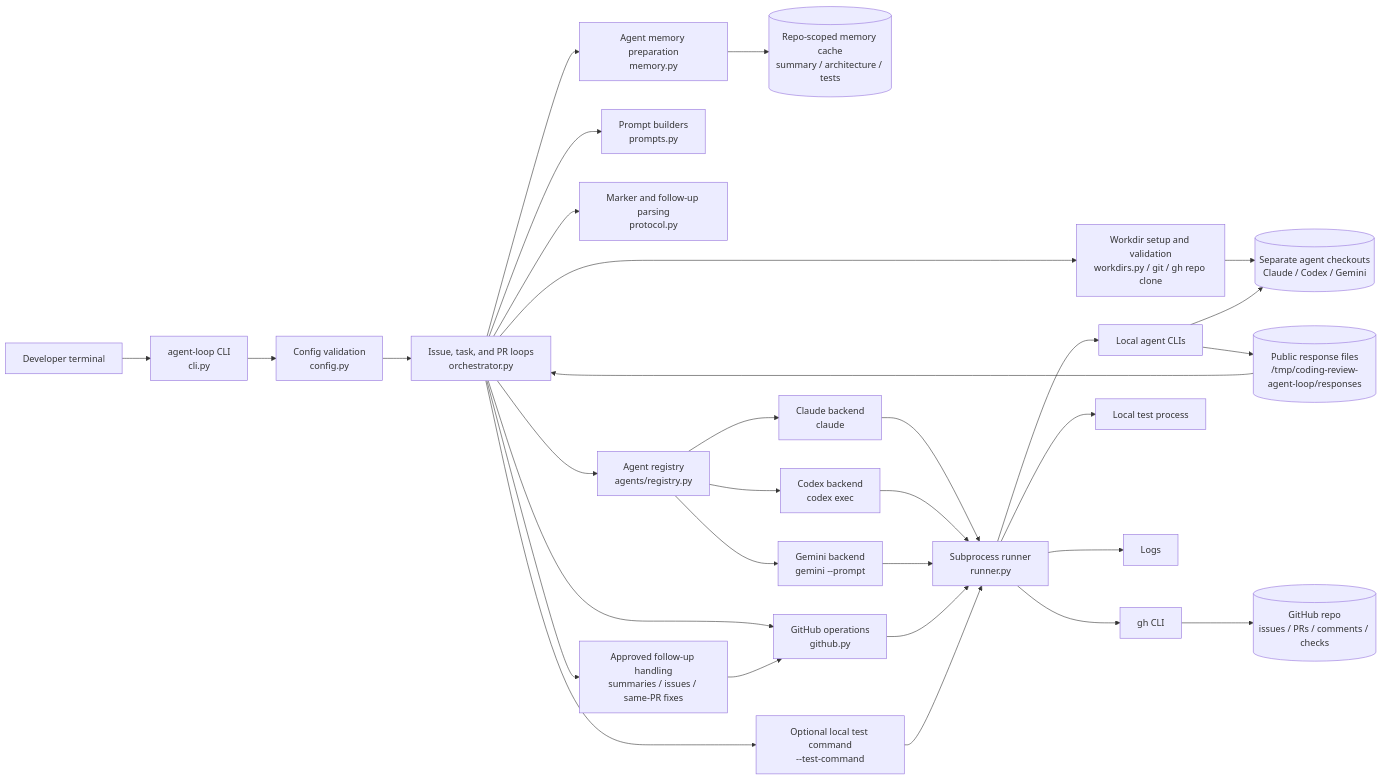
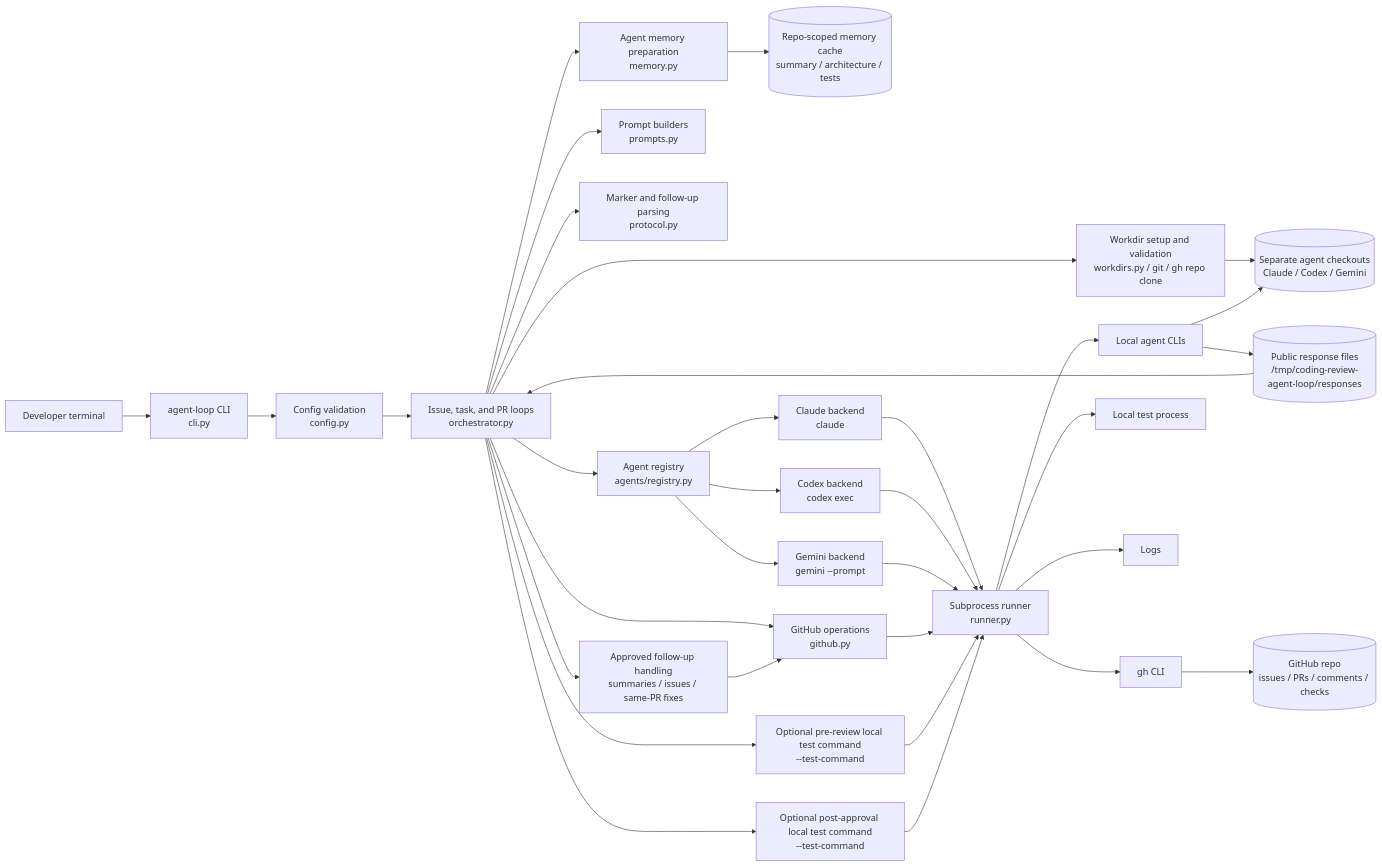
The first of 2 diagrams in docs/local_agent_loop.md (Mega-Gorilla/coding-review-agent-loop), drawn with Mermaid before and after one commit. The commit also changed other lines of this file and 6 other files, not shown here.

Commit message:
Add pre-review local test gate

````diff
--- a/docs/local_agent_loop.md
+++ b/docs/local_agent_loop.md
@@ -21,40 +21,42 @@
 ```mermaid
 flowchart LR
     User[Developer terminal] --> CLI[agent-loop CLI<br/>cli.py]
     CLI --> Config[Config validation<br/>config.py]
     Config --> Orchestrator[Issue, task, and PR loops<br/>orchestrator.py]
 
     Orchestrator --> Workdirs[Workdir setup and validation<br/>workdirs.py / git / gh repo clone]
     Orchestrator --> Memory[Agent memory preparation<br/>memory.py]
 
     Workdirs --> AgentDirs[(Separate agent checkouts<br/>Claude / Codex / Gemini)]
     Memory --> MemoryCache[(Repo-scoped memory cache<br/>summary / architecture / tests)]
 
     Orchestrator --> Prompts[Prompt builders<br/>prompts.py]
     Orchestrator --> Protocol[Marker and follow-up parsing<br/>protocol.py]
     Orchestrator --> Registry[Agent registry<br/>agents/registry.py]
     Orchestrator --> GitHubOps[GitHub operations<br/>github.py]
-    Orchestrator --> OptionalTests[Optional local test command<br/>--test-command]
+    Orchestrator --> PreReviewTests[Optional pre-review local test command<br/>--test-command]
+    Orchestrator --> OptionalTests[Optional post-approval local test command<br/>--test-command]
     Orchestrator --> Followups[Approved follow-up handling<br/>summaries / issues / same-PR fixes]
 
     Registry --> Claude[Claude backend<br/>claude]
     Registry --> Codex[Codex backend<br/>codex exec]
     Registry --> Gemini[Gemini backend<br/>gemini --prompt]
 
     Claude --> Runner[Subprocess runner<br/>runner.py]
     Codex --> Runner
     Gemini --> Runner
     GitHubOps --> Runner
+    PreReviewTests --> Runner
     OptionalTests --> Runner
 
     Runner --> AgentCLIs[Local agent CLIs]
     Runner --> GhCLI[gh CLI]
     Runner --> TestCmd[Local test process]
     Runner --> Logs
 
     AgentCLIs --> AgentDirs
     AgentCLIs --> ResponseFiles[(Public response files<br/>/tmp/coding-review-agent-loop/responses)]
     ResponseFiles --> Orchestrator
     GhCLI --> GitHub[(GitHub repo<br/>issues / PRs / comments / checks)]
     Followups --> GitHubOps
 ```
````
